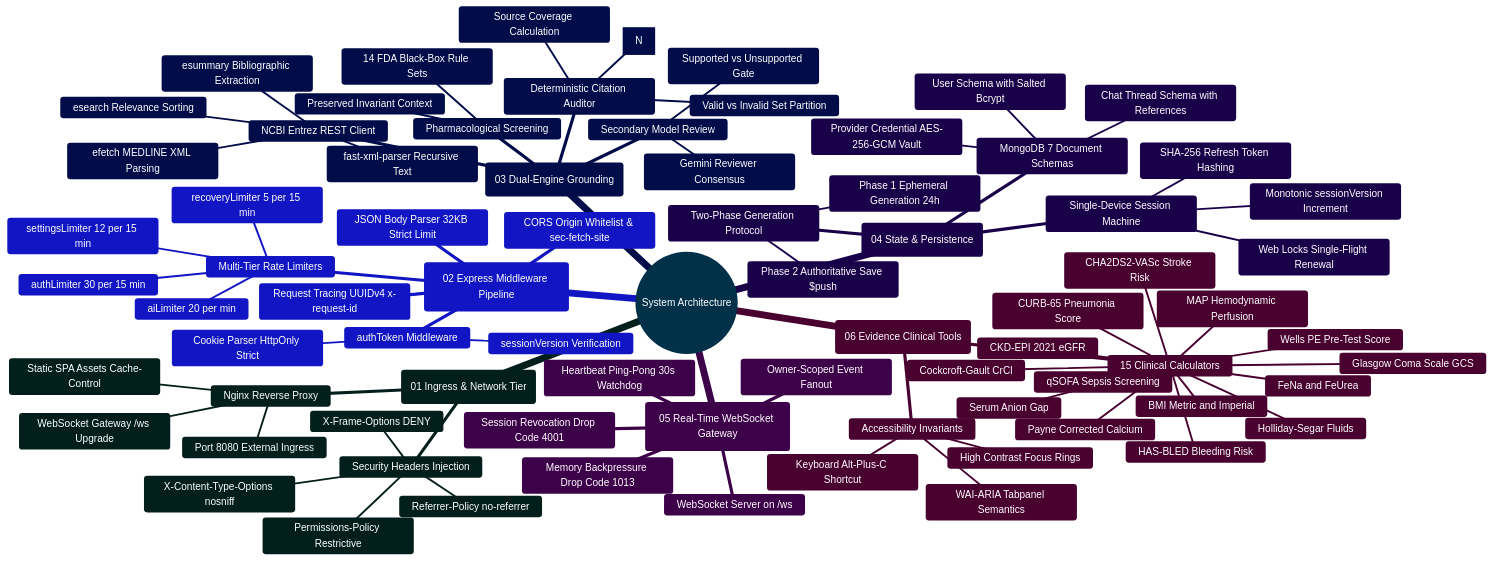
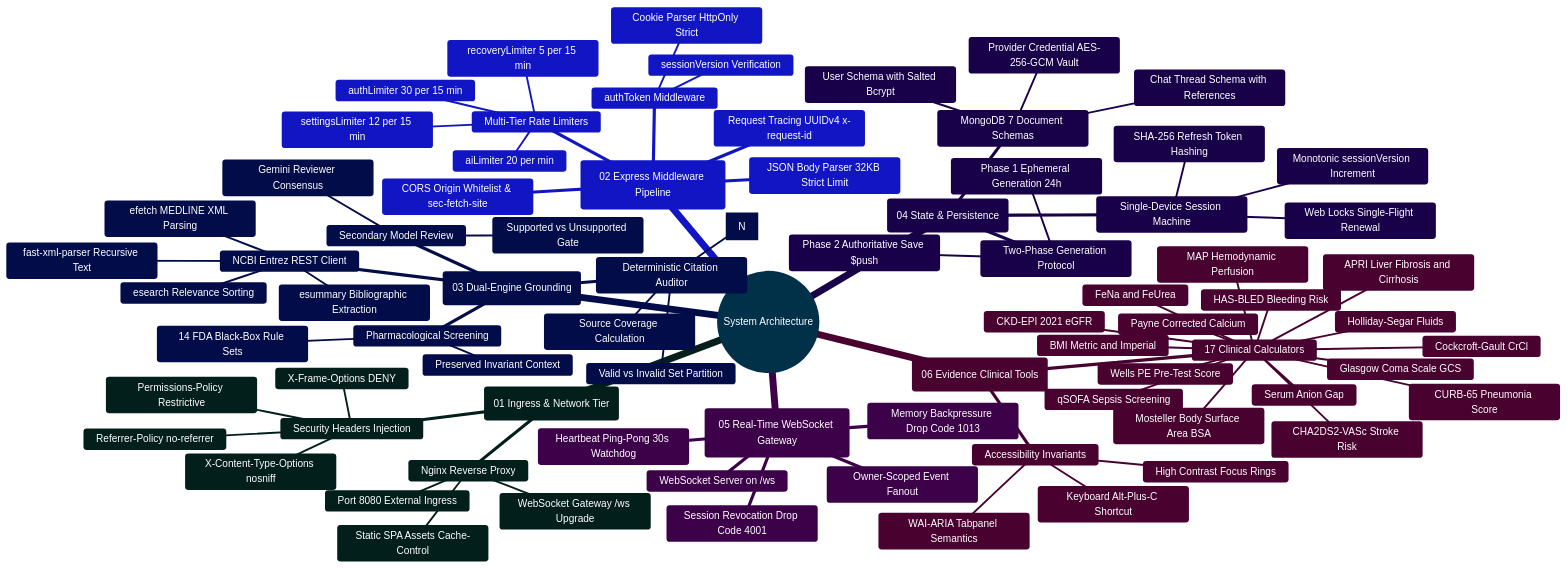
Before and after one commit to Ganesh172919/React-App-LLM: the first of 3 diagrams in docs/SYSTEM_ARCHITECTURE_DEEP_DIVE.md, drawn with Mermaid. The commit also changed other lines of this file and 42 other files, not shown here.

Commit message:
feat: expand clinical suite to 17 tools (Mosteller BSA & APRI) and drug interaction screener to 18 rules (Triptan+SSRI & Bactrim+ACEI)

```diff
--- a/docs/SYSTEM_ARCHITECTURE_DEEP_DIVE.md
+++ b/docs/SYSTEM_ARCHITECTURE_DEEP_DIVE.md
@@ -129,7 +129,7 @@
       Memory Backpressure Drop Code 1013
       Owner-Scoped Event Fanout
     (06 Evidence Clinical Tools)
-      15 Clinical Calculators
+      17 Clinical Calculators
         BMI Metric and Imperial
         CKD-EPI 2021 eGFR
         CHA2DS2-VASc Stroke Risk
@@ -144,6 +144,8 @@
         Glasgow Coma Scale GCS
         HAS-BLED Bleeding Risk
         qSOFA Sepsis Screening
+        Mosteller Body Surface Area BSA
+        APRI Liver Fibrosis and Cirrhosis
       Accessibility Invariants
         WAI-ARIA Tabpanel Semantics
         Keyboard Alt-Plus-C Shortcut
```
